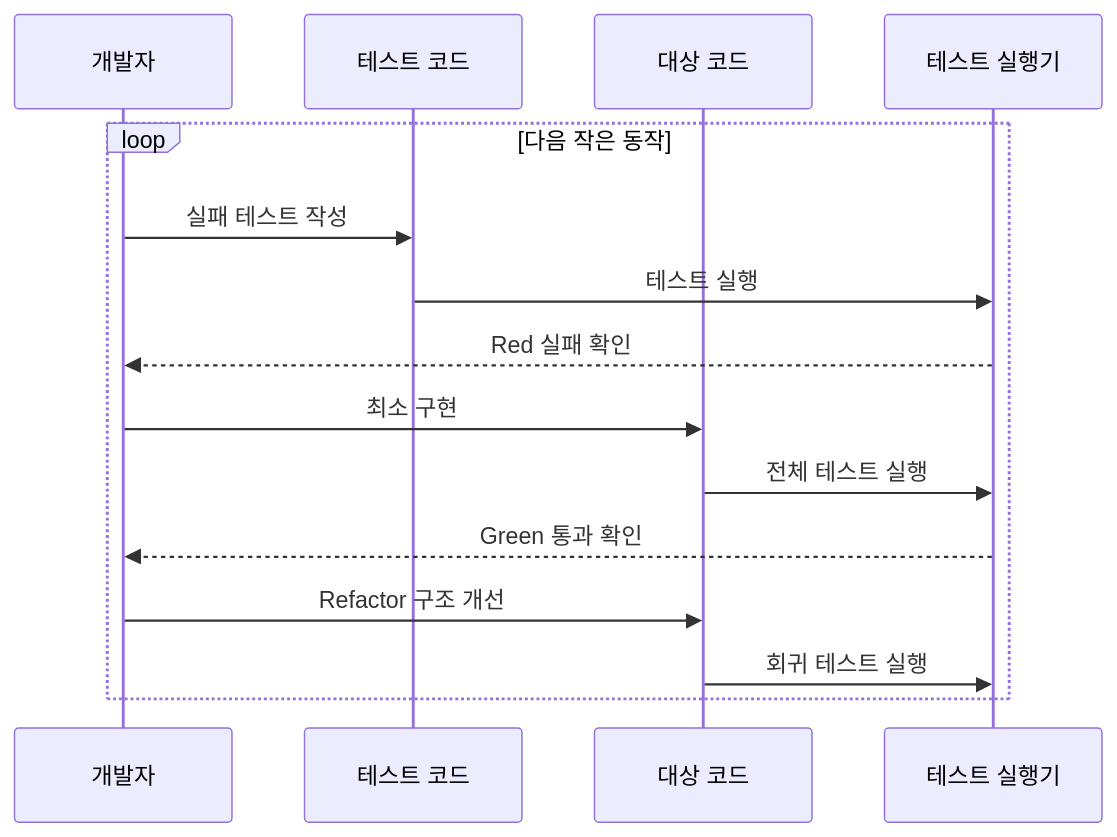
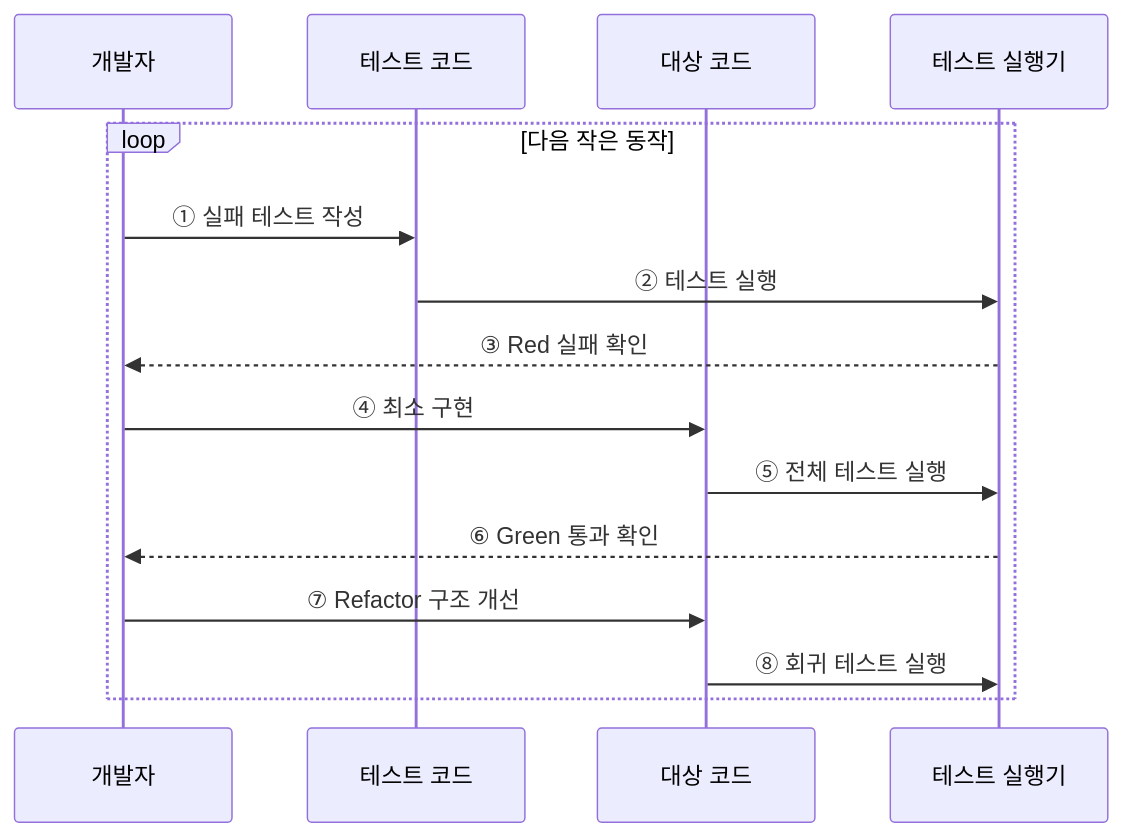
One commit to agnusdei1207/knowledge-base changed the second of 2 diagrams in src/content/docs/notes/03-software/059_test_driven_development.md. Above: the diagram before and after it, drawn with Mermaid. The commit also changed other lines of this file and 20 other files, not shown here.

````diff
--- a/src/content/docs/notes/03-software/059_test_driven_development.md
+++ b/src/content/docs/notes/03-software/059_test_driven_development.md
@@ -81,17 +70,17 @@
 ```mermaid
 sequenceDiagram
     participant D as 개발자
     participant T as 테스트 코드
     participant S as 대상 코드
     participant R as 테스트 실행기
     loop 다음 작은 동작
-        D->>T: 실패 테스트 작성
-        T->>R: 테스트 실행
-        R-->>D: Red 실패 확인
-        D->>S: 최소 구현
-        S->>R: 전체 테스트 실행
-        R-->>D: Green 통과 확인
-        D->>S: Refactor 구조 개선
-        S->>R: 회귀 테스트 실행
+        D->>T: ① 실패 테스트 작성
+        T->>R: ② 테스트 실행
+        R-->>D: ③ Red 실패 확인
+        D->>S: ④ 최소 구현
+        S->>R: ⑤ 전체 테스트 실행
+        R-->>D: ⑥ Green 통과 확인
+        D->>S: ⑦ Refactor 구조 개선
+        S->>R: ⑧ 회귀 테스트 실행
     end
 ```
````
